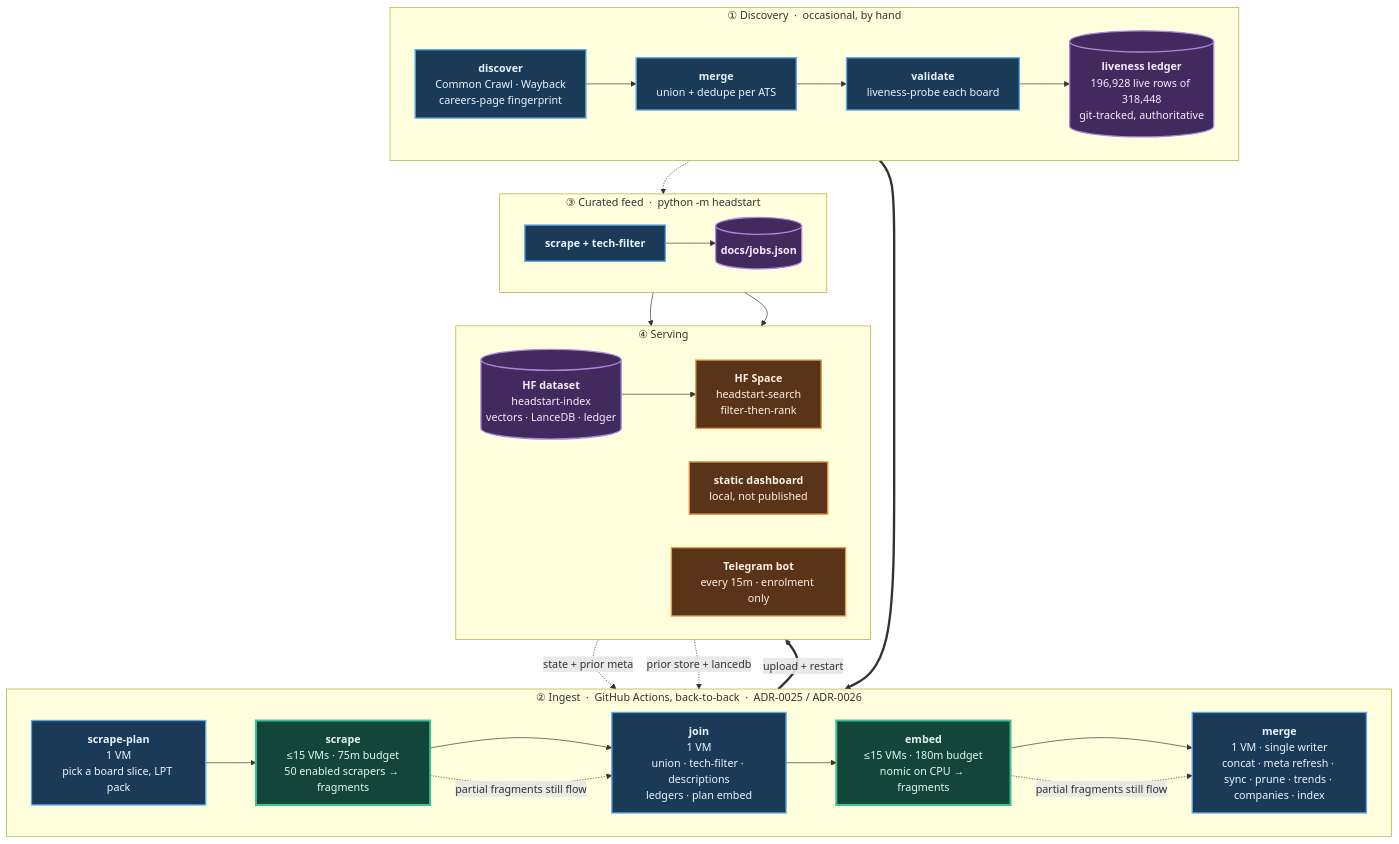
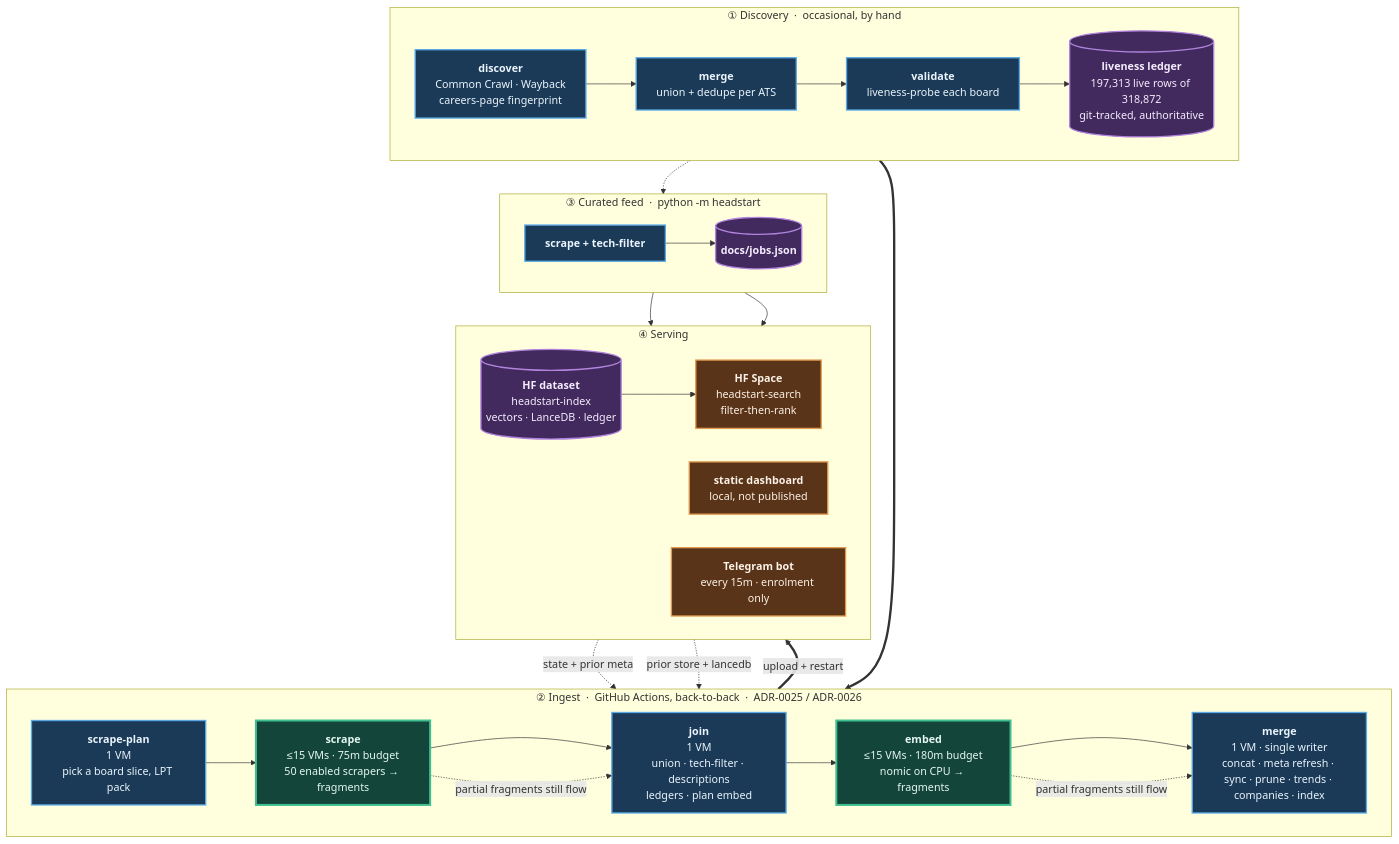
One commit to sarthakjain004/headstart changed the diagram in README.md. Above: the diagram before and after it, drawn with Mermaid. The commit also changed other lines of this file and 1 other file, not shown here.

````diff
--- a/README.md
+++ b/README.md
@@ -185,56 +185,56 @@
 ```mermaid
 flowchart TB
     subgraph D["① Discovery &nbsp;·&nbsp; occasional, by hand"]
         direction LR
         D1["<b>discover</b><br/>Common Crawl · Wayback<br/>careers-page fingerprint"]
         D2["<b>merge</b><br/>union + dedupe per ATS"]
         D3["<b>validate</b><br/>liveness-probe each board"]
-        D4[("<b>liveness ledger</b><br/>196,928 live rows of 318,448<br/>git-tracked, authoritative")]
+        D4[("<b>liveness ledger</b><br/>197,313 live rows of 318,872<br/>git-tracked, authoritative")]
         D1 --> D2 --> D3 --> D4
     end
 
     subgraph P["② Ingest &nbsp;·&nbsp; GitHub Actions, back-to-back &nbsp;·&nbsp; ADR-0025 / ADR-0026"]
         direction LR
         P1["<b>scrape-plan</b><br/>1 VM<br/>pick a board slice, LPT pack"]
         P2["<b>scrape</b><br/>≤15 VMs · 75m budget<br/>50 enabled scrapers → fragments"]
         P3["<b>join</b><br/>1 VM<br/>union · tech-filter · descriptions<br/>ledgers · plan embed"]
         P4["<b>embed</b><br/>≤15 VMs · 180m budget<br/>nomic on CPU → fragments"]
         P5["<b>merge</b><br/>1 VM · single writer<br/>concat · meta refresh · sync · prune · trends · companies · index"]
         P1 --> P2 --> P3 --> P4 --> P5
     end
 
     subgraph F["③ Curated feed &nbsp;·&nbsp; python -m headstart"]
         direction LR
         F1["<b>scrape + tech-filter</b>"]
         F2[("<b>docs/jobs.json</b>")]
         F1 --> F2
     end
 
     subgraph S["④ Serving"]
         direction LR
         S1[("<b>HF dataset</b><br/>headstart-index<br/>vectors · LanceDB · ledger")]
         S2["<b>HF Space</b><br/>headstart-search<br/>filter-then-rank"]
         S3["<b>static dashboard</b><br/>local, not published"]
         S4["<b>Telegram bot</b><br/>every 15m · enrolment only"]
         S1 --> S2
     end
 
     D4 ==> P1
     S1 -. "state + prior meta" .-> P1
     S1 -. "prior store + lancedb" .-> P5
     D4 -.-> F1
     P5 ==>|"upload + restart"| S1
     F2 --> S3
     F2 --> S4
     P2 -. "partial fragments still flow" .-> P3
     P4 -. "partial fragments still flow" .-> P5
 
     classDef serial fill:#1b3a57,stroke:#5aa9e6,stroke-width:2px,color:#eaf4fc
     classDef fan fill:#14453a,stroke:#3fbf8f,stroke-width:3px,color:#e4f7f0
     classDef store fill:#42295e,stroke:#b184dd,stroke-width:2px,color:#f4ecfc
     classDef serve fill:#5a3418,stroke:#e09a4f,stroke-width:2px,color:#fbf1e6
     class D1,D2,D3,P1,P3,P5,F1 serial
     class P2,P4 fan
     class D4,F2,S1 store
     class S2,S3,S4 serve
 ```
````
